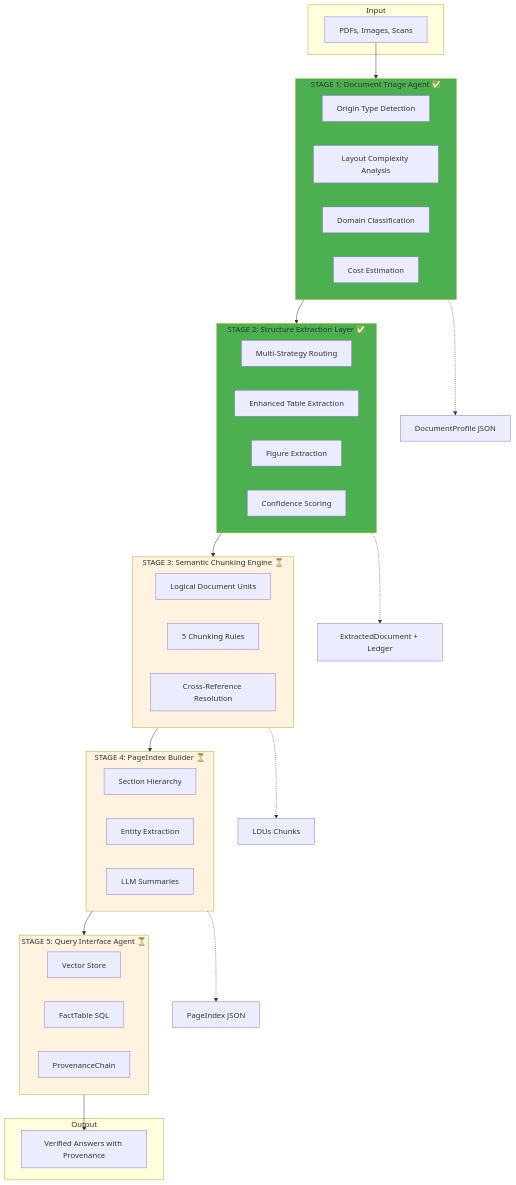
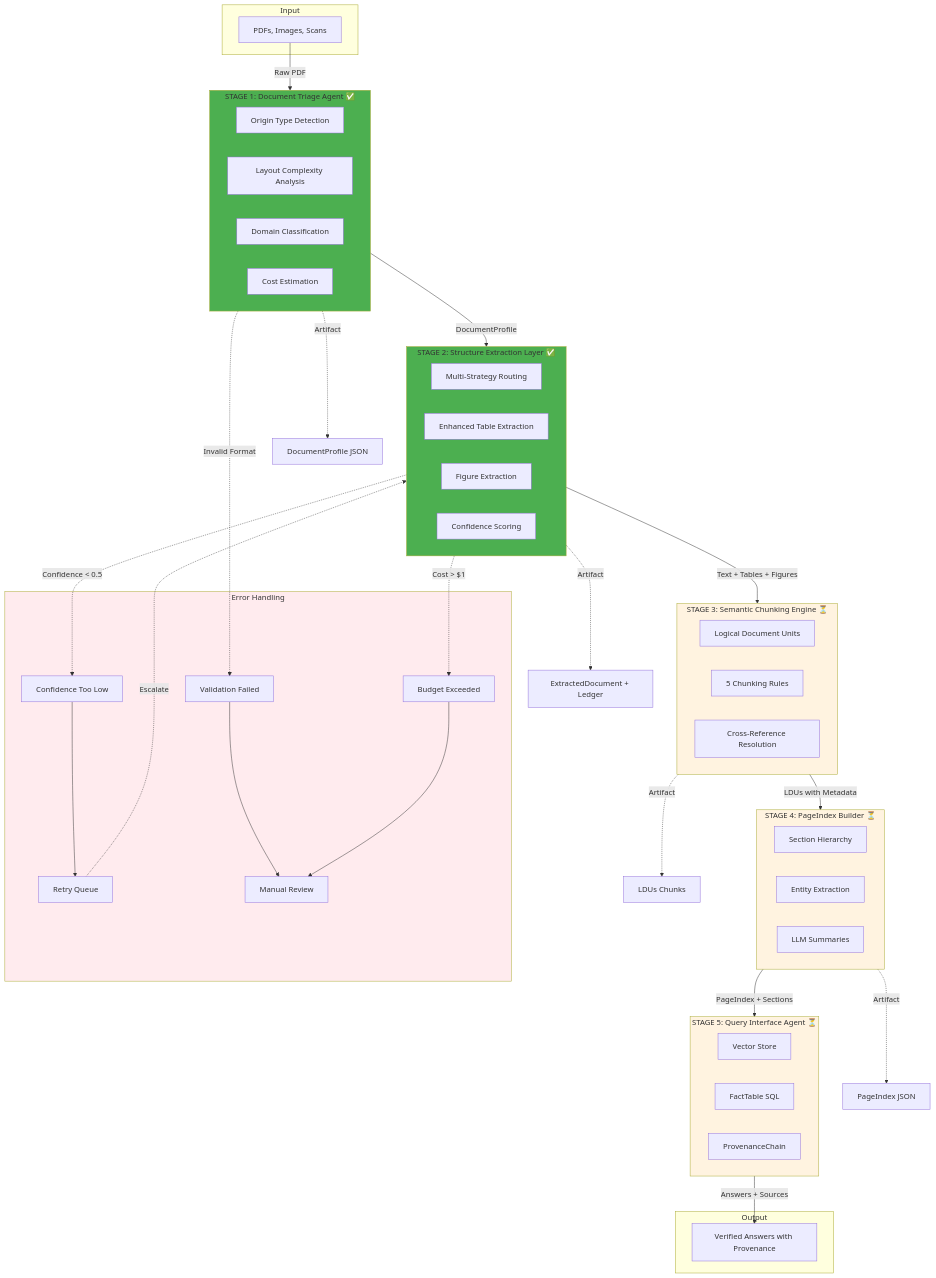
The third of 3 diagrams in ENTERPRISE_REPORT.md (IbnuEyni/10AcWeek3), drawn with Mermaid before and after one commit. The commit also changed other lines of this file, not shown here.

````diff
--- a/ENTERPRISE_REPORT.md
+++ b/ENTERPRISE_REPORT.md
@@ -165,60 +191,79 @@
 ```mermaid
 graph TB
     subgraph Input
         A[PDFs, Images, Scans]
     end
     
     subgraph Stage1[STAGE 1: Document Triage Agent ✅]
         B[Origin Type Detection]
         C[Layout Complexity Analysis]
         D[Domain Classification]
         E[Cost Estimation]
     end
     
     subgraph Stage2[STAGE 2: Structure Extraction Layer ✅]
         F[Multi-Strategy Routing]
         G[Enhanced Table Extraction]
         H[Figure Extraction]
         I[Confidence Scoring]
     end
     
     subgraph Stage3[STAGE 3: Semantic Chunking Engine ⏳]
         J[Logical Document Units]
         K[5 Chunking Rules]
         L[Cross-Reference Resolution]
     end
     
     subgraph Stage4[STAGE 4: PageIndex Builder ⏳]
         M[Section Hierarchy]
         N[Entity Extraction]
         O[LLM Summaries]
     end
     
     subgraph Stage5[STAGE 5: Query Interface Agent ⏳]
         P[Vector Store]
         Q[FactTable SQL]
         R[ProvenanceChain]
     end
     
     subgraph Output
         S[Verified Answers with Provenance]
     end
     
-    A --> Stage1
-    Stage1 --> Stage2
-    Stage2 --> Stage3
-    Stage3 --> Stage4
-    Stage4 --> Stage5
-    Stage5 --> S
+    subgraph ErrorHandling[Error Handling]
+        ERR1[Validation Failed]
+        ERR2[Confidence Too Low]
+        ERR3[Budget Exceeded]
+        RETRY[Retry Queue]
+        MANUAL[Manual Review]
+    end
     
-    Stage1 -.-> T[DocumentProfile JSON]
-    Stage2 -.-> U[ExtractedDocument + Ledger]
-    Stage3 -.-> V[LDUs Chunks]
-    Stage4 -.-> W[PageIndex JSON]
+    A -->|Raw PDF| Stage1
+    Stage1 -->|DocumentProfile| Stage2
+    Stage1 -.->|Invalid Format| ERR1
+    
+    Stage2 -->|Text + Tables + Figures| Stage3
+    Stage2 -.->|Confidence < 0.5| ERR2
+    Stage2 -.->|Cost > $1| ERR3
+    
+    Stage3 -->|LDUs with Metadata| Stage4
+    Stage4 -->|PageIndex + Sections| Stage5
+    Stage5 -->|Answers + Sources| S
+    
+    ERR1 --> MANUAL
+    ERR2 --> RETRY
+    ERR3 --> MANUAL
+    RETRY -.->|Escalate| Stage2
+    
+    Stage1 -.->|Artifact| T[DocumentProfile JSON]
+    Stage2 -.->|Artifact| U[ExtractedDocument + Ledger]
+    Stage3 -.->|Artifact| V[LDUs Chunks]
+    Stage4 -.->|Artifact| W[PageIndex JSON]
     
     style Stage1 fill:#4CAF50
     style Stage2 fill:#4CAF50
     style Stage3 fill:#FFF3E0
     style Stage4 fill:#FFF3E0
     style Stage5 fill:#FFF3E0
+    style ErrorHandling fill:#FFEBEE
 ```
````
